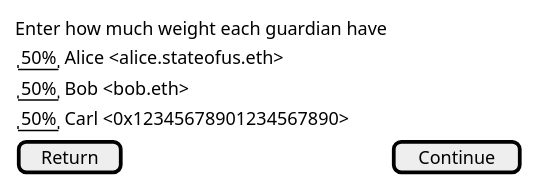
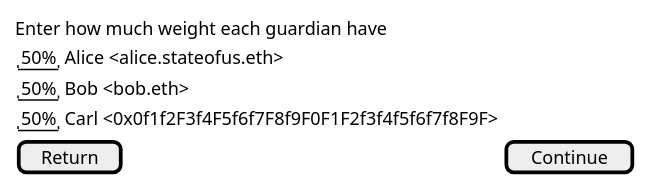
One commit to ethereum/EIPs changed the ninth of 11 diagrams in EIPS/eip-2429.md. Above: the diagram before and after it, drawn with PlantUML. The commit also changed other lines of this file, not shown here.

````diff
--- a/EIPS/eip-2429.md
+++ b/EIPS/eip-2429.md
@@ -290,13 +314,13 @@
 ```plantuml
 @startsalt
 {
     Enter how much weight each guardian have 
     {
         "50%"  |  Alice <alice.stateofus.eth> 
         "50%"  |  Bob <bob.eth>
-        "50%"  |  Carl <0x12345678901234567890>
+        "50%"  |  Carl <0x0f1f2F3f4F5f6f7F8f9F0F1F2f3f4f5f6f7f8F9F>
     }
     [ Return ] | [ Continue ]
 }
 @endsalt
 ```
````
